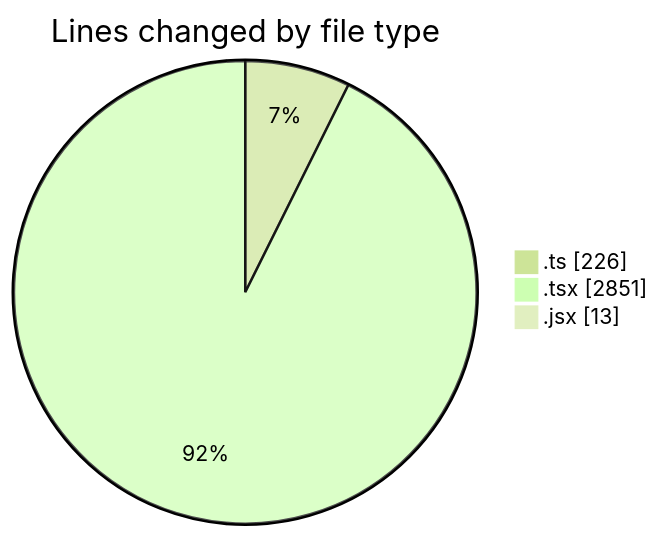
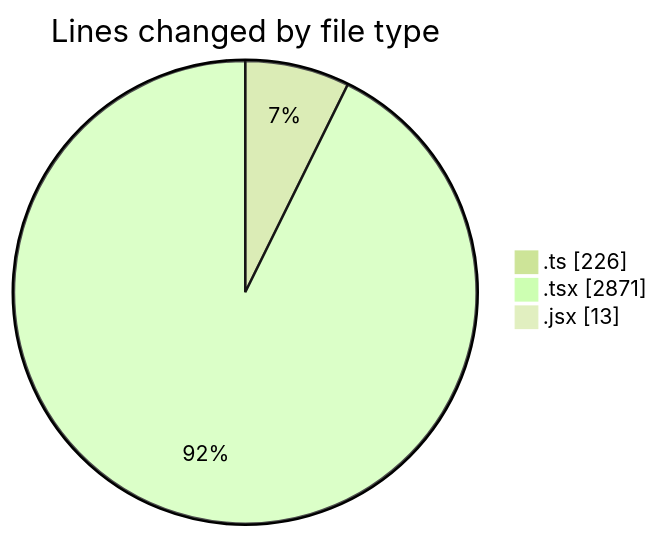
The first of 2 diagrams in 2025-12-02/cda/README.md (momahboobian/code-tracking), drawn with Mermaid (forest theme) before and after one commit. The commit also changed other lines of this file and 1 other file, not shown here.

````diff
--- a/2025-12-02/cda/README.md
+++ b/2025-12-02/cda/README.md
@@ -30,7 +30,7 @@
 ```mermaid
 pie showData
 title Lines changed by file type
 ".ts" : 226
-".tsx" : 2851
+".tsx" : 2871
 ".jsx" : 13
 ```
````
